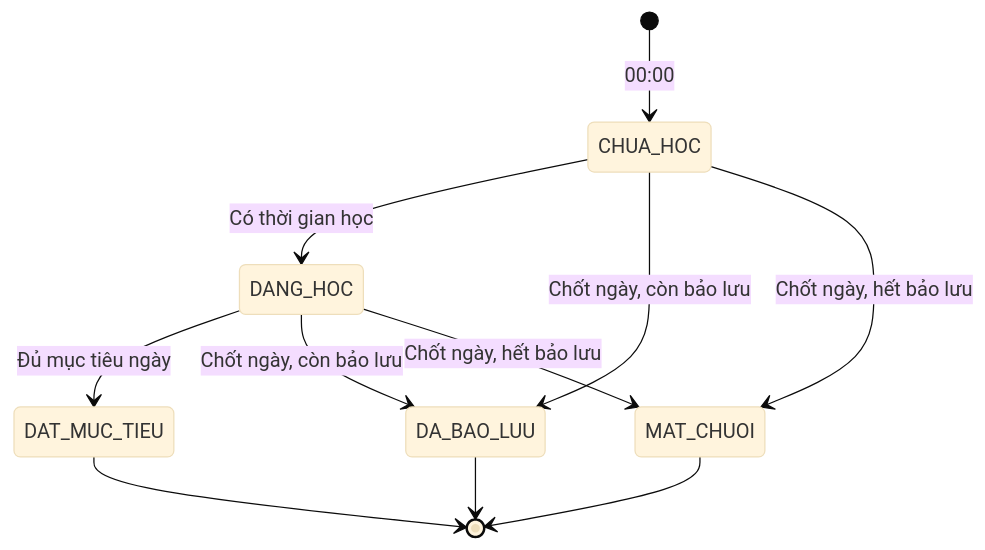
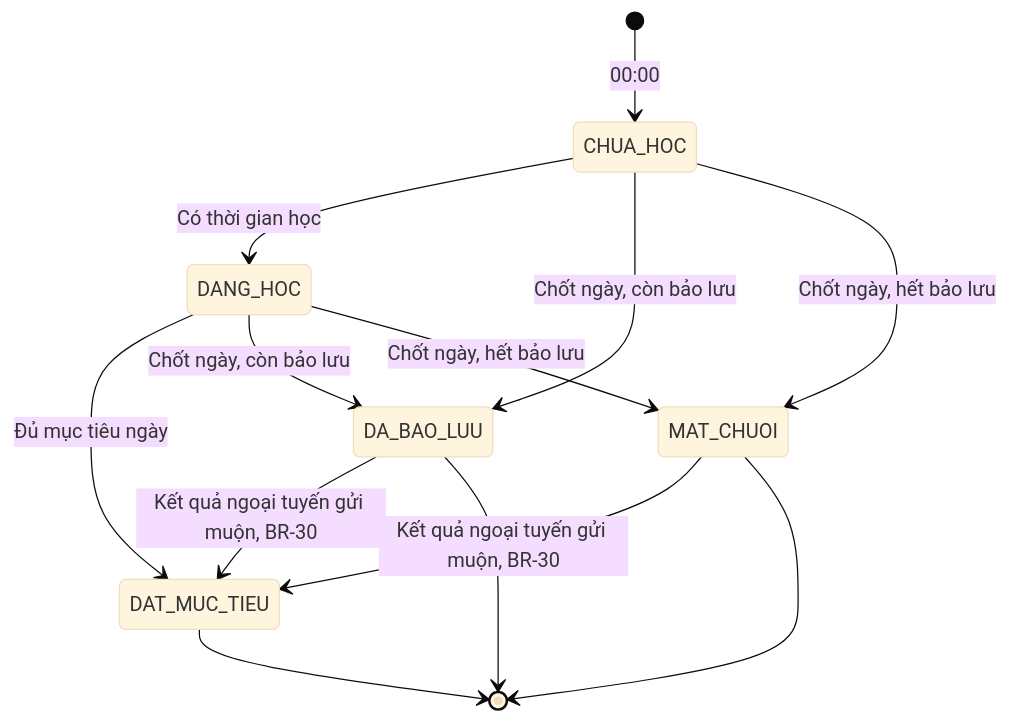
The second of 6 diagrams in docs/TN03-on-tap-streak/SRS.md (uxfoundation-vn/de03-hoc-tieng-anh), drawn with Mermaid (base theme) before and after one commit. The commit also changed other lines of this file and 7 other files, not shown here.

````diff
--- a/docs/TN03-on-tap-streak/SRS.md
+++ b/docs/TN03-on-tap-streak/SRS.md
@@ -70,13 +70,15 @@
 ```mermaid
 stateDiagram-v2
   [*] --> CHUA_HOC : 00:00
   CHUA_HOC --> DANG_HOC : Có thời gian học
   DANG_HOC --> DAT_MUC_TIEU : Đủ mục tiêu ngày
   CHUA_HOC --> DA_BAO_LUU : Chốt ngày, còn bảo lưu
   DANG_HOC --> DA_BAO_LUU : Chốt ngày, còn bảo lưu
   CHUA_HOC --> MAT_CHUOI : Chốt ngày, hết bảo lưu
   DANG_HOC --> MAT_CHUOI : Chốt ngày, hết bảo lưu
+  DA_BAO_LUU --> DAT_MUC_TIEU : Kết quả ngoại tuyến gửi muộn, BR-30
+  MAT_CHUOI --> DAT_MUC_TIEU : Kết quả ngoại tuyến gửi muộn, BR-30
   DAT_MUC_TIEU --> [*]
   DA_BAO_LUU --> [*]
   MAT_CHUOI --> [*]
 ```
````
